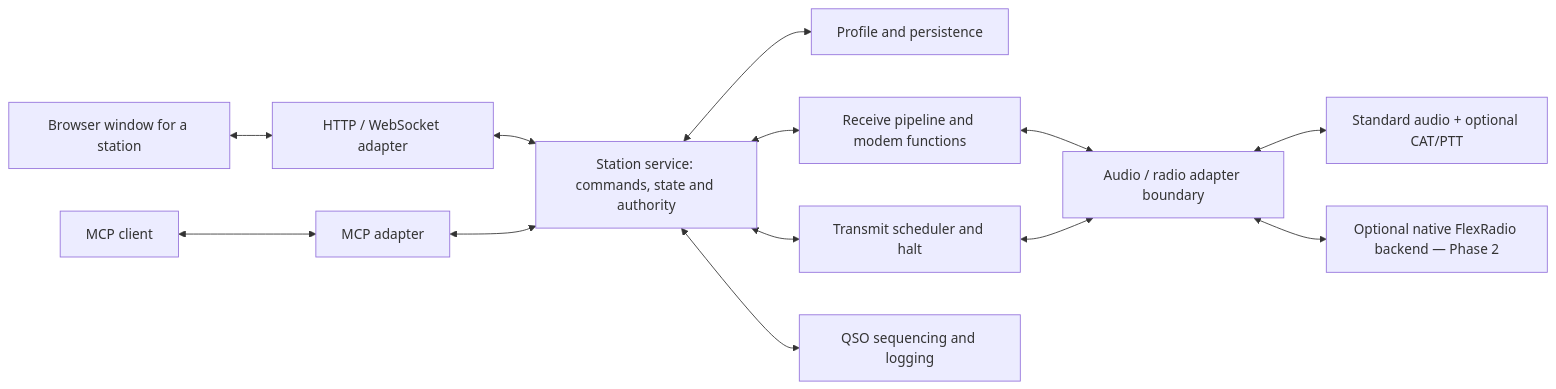
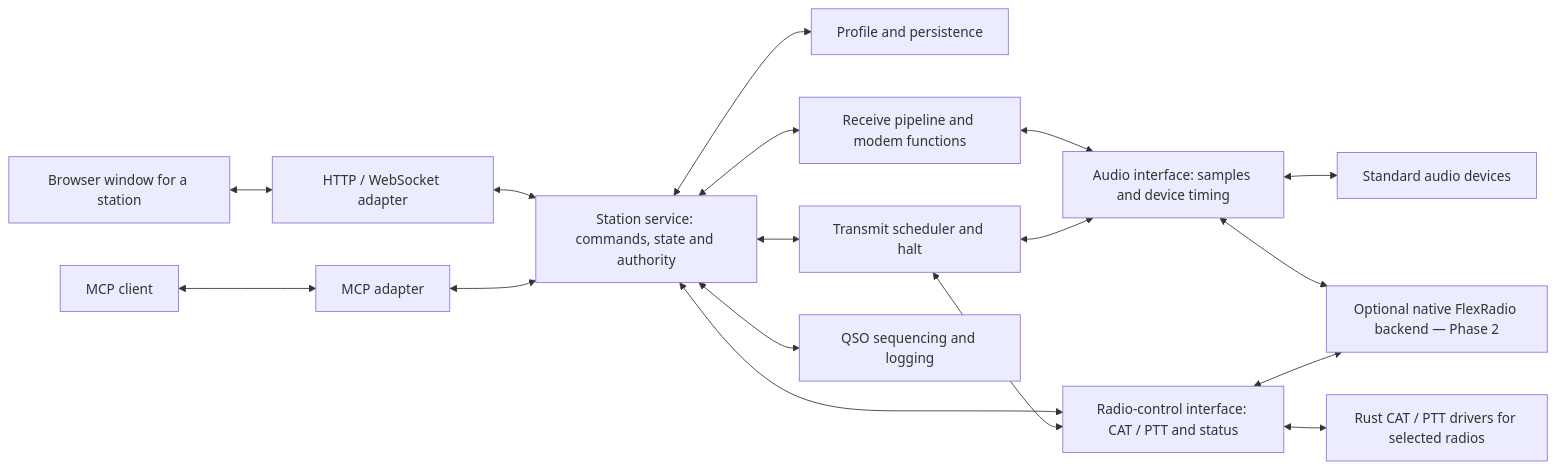
One commit to SensorsIot/wsjtx-rust changed the diagram in docs/ARCHITECTURE.md. Above: the diagram before and after it, drawn with Mermaid. The commit also changed other lines of this file and 1 other file, not shown here.

First line of the commit message:
Separate audio and scoped Rust radio control in the architecture

````diff
--- a/docs/ARCHITECTURE.md
+++ b/docs/ARCHITECTURE.md
@@ -21,27 +21,33 @@
 ```mermaid
 flowchart LR
     Browser["Browser window for a station"]
     MCP["MCP client"]
     Web["HTTP / WebSocket adapter"]
     MA["MCP adapter"]
     Station["Station service: commands, state and authority"]
     Profile["Profile and persistence"]
     RX["Receive pipeline and modem functions"]
     TX["Transmit scheduler and halt"]
     QSO["QSO sequencing and logging"]
-    IO["Audio / radio adapter boundary"]
-    Standard["Standard audio + optional CAT/PTT"]
+    Audio["Audio interface: samples and device timing"]
+    Control["Radio-control interface: CAT / PTT and status"]
+    Devices["Standard audio devices"]
+    CAT["Rust CAT / PTT drivers for selected radios"]
     Flex["Optional native FlexRadio backend — Phase 2"]
     Browser <--> Web
     MCP <--> MA
     Web <--> Station
     MA <--> Station
     Station <--> Profile
     Station <--> RX
     Station <--> TX
     Station <--> QSO
-    RX <--> IO
-    TX <--> IO
-    IO <--> Standard
-    IO <--> Flex
+    Station <--> Control
+    RX <--> Audio
+    TX <--> Audio
+    TX <--> Control
+    Audio <--> Devices
+    Control <--> CAT
+    Audio <--> Flex
+    Control <--> Flex
 ```
````
